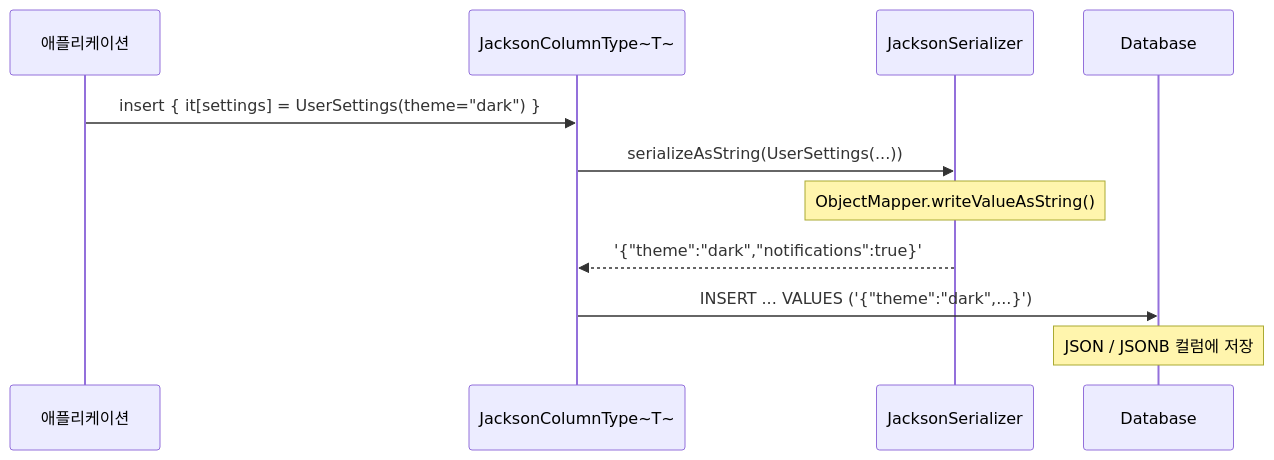
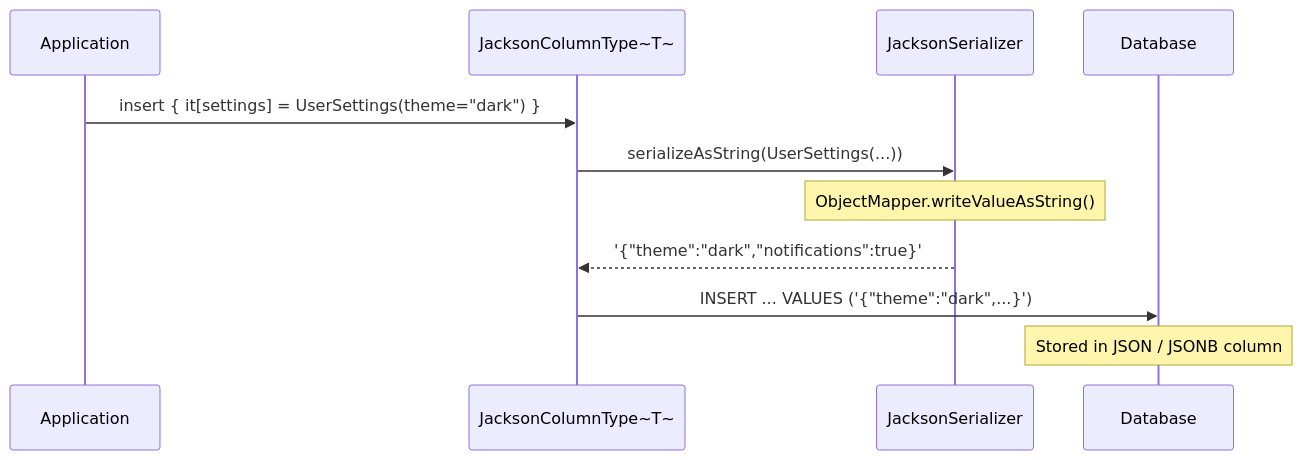
One commit to bluetape4k/bluetape4k-projects changed the third of 4 diagrams in data/exposed-jackson2/README.md. Above: the diagram before and after it, drawn with Mermaid. The commit also changed other lines of this file and 265 other files, not shown here.

````diff
--- a/data/exposed-jackson2/README.md
+++ b/data/exposed-jackson2/README.md
@@ -179,14 +181,14 @@
 ```mermaid
 sequenceDiagram
-    participant App as 애플리케이션
+    participant App as Application
     participant Col as JacksonColumnType~T~
     participant Ser as JacksonSerializer
     participant DB as Database
 
     App->>Col: insert { it[settings] = UserSettings(theme="dark") }
     Col->>Ser: serializeAsString(UserSettings(...))
     Note over Ser: ObjectMapper.writeValueAsString()
     Ser-->>Col: '{"theme":"dark","notifications":true}'
     Col->>DB: INSERT ... VALUES ('{"theme":"dark",...}')
-    Note over DB: JSON / JSONB 컬럼에 저장
+    Note over DB: Stored in JSON / JSONB column
 ```
````
